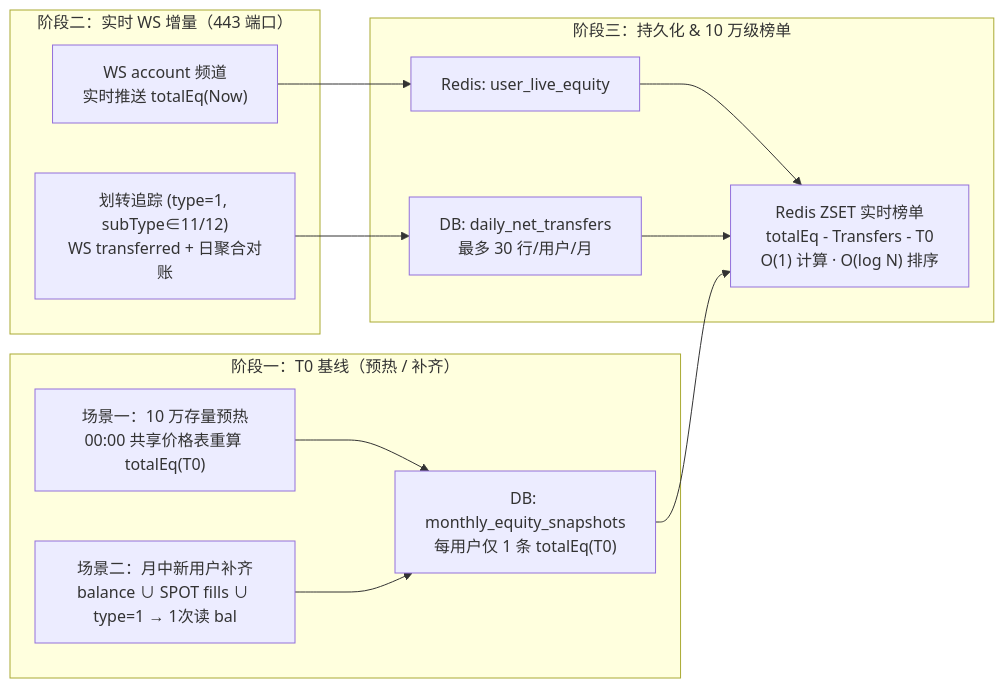
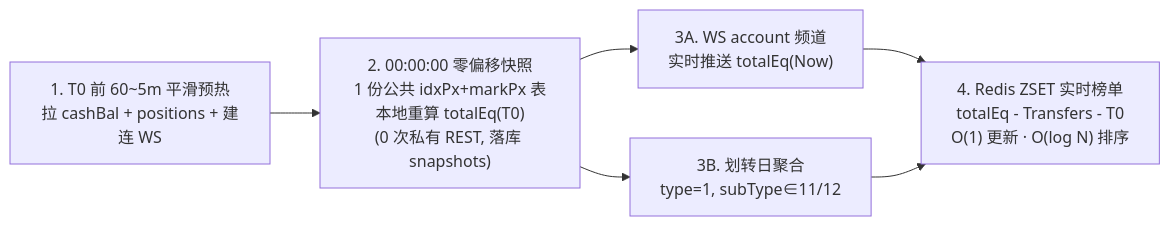
One commit to sydowma/okx-pnl-verifier changed the first of 2 diagrams in REPORT.md. Above: the diagram before and after it, drawn with Mermaid. The commit also changed other lines of this file and 1 other file, not shown here.

Commit message:
feat: split Section 3 animated architecture into two separate flows (pre-defined 100k users vs mid-month add/remove users)

````diff
--- a/REPORT.md
+++ b/REPORT.md
@@ -51,27 +53,8 @@
 ```mermaid
 flowchart LR
-    subgraph S1["阶段一：T0 基线（预热 / 补齐）"]
-        A["场景一：10 万存量预热<br/>00:00 共享价格表重算 totalEq(T0)"]
-        B["场景二：月中新用户补齐<br/>balance ∪ SPOT fills ∪ type=1 → 1次读 bal"]
-        C["DB: monthly_equity_snapshots<br/>每用户仅 1 条 totalEq(T0)"]
-        A --> C
-        B --> C
-    end
-
-    subgraph S2["阶段二：实时 WS 增量（443 端口）"]
-        D["WS account 频道<br/>实时推送 totalEq(Now)"]
-        E["划转追踪 (type=1, subType∈11/12)<br/>WS transferred + 日聚合对账"]
-    end
-
-    subgraph S3["阶段三：持久化 & 10 万级榜单"]
-        F["Redis: user_live_equity"]
-        G["DB: daily_net_transfers<br/>最多 30 行/用户/月"]
-        H["Redis ZSET 实时榜单<br/>totalEq - Transfers - T0<br/>O(1) 计算 · O(log N) 排序"]
-        F --> H
-        G --> H
-    end
-
-    C --> H
-    D --> F
-    E --> G
+    A["1. T0 前 60~5m 平滑预热<br/>拉 cashBal + positions + 建连 WS"] --> B["2. 00:00:00 零偏移快照<br/>1 份公共 idxPx+markPx 表本地重算 totalEq(T0)<br/>(0 次私有 REST, 落库 snapshots)"]
+    B --> C1["3A. WS account 频道<br/>实时推送 totalEq(Now)"]
+    B --> C2["3B. 划转日聚合<br/>type=1, subType∈11/12"]
+    C1 --> D["4. Redis ZSET 实时榜单<br/>totalEq - Transfers - T0<br/>O(1) 更新 · O(log N) 排序"]
+    C2 --> D
 ```
````
